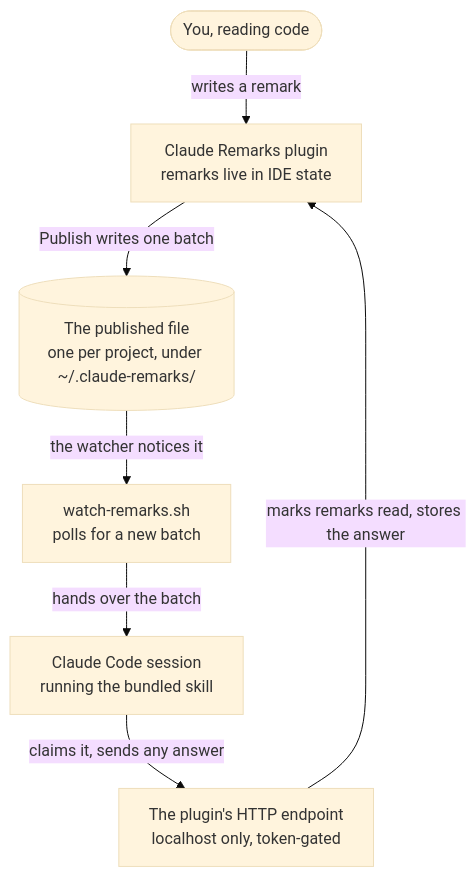
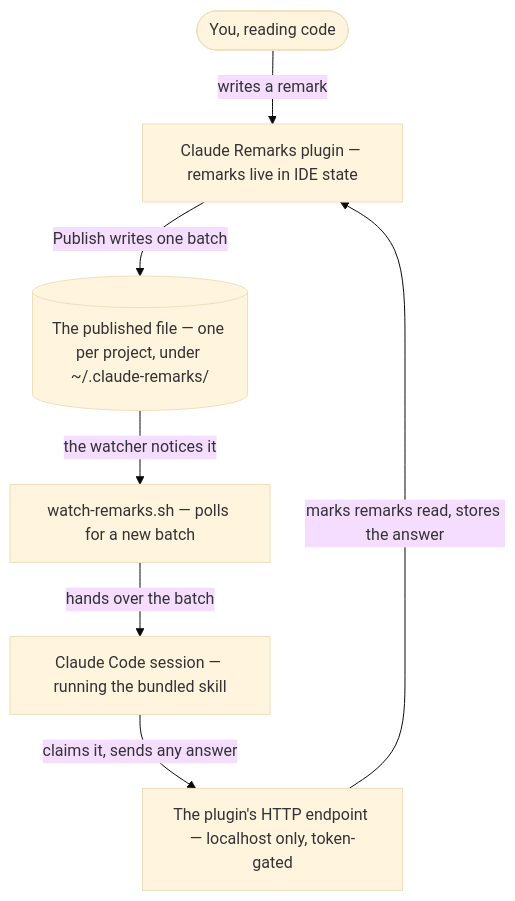
The first of 2 diagrams in README.md (p4elkin/claude-remarks), drawn with Mermaid (base theme) before and after one commit.

Commit message:
docs: drop the <br/> tags from the diagram, GitHub strips them
GitHub's Mermaid sanitises the tag away and joins the two halves with no
space, so five of the six nodes read "pluginremarks live in IDE state",
"watch-remarks.shpolls for a new batch", "endpointlocalhost only". Seen on
the rendered page. Mermaid wraps a long label by itself, so a dash between
the name and the detail is all that was needed.

````diff
--- a/README.md
+++ b/README.md
@@ -34,16 +34,16 @@
 ```mermaid
 flowchart TD
     you(["You, reading code"])
-    plugin["Claude Remarks plugin<br/>remarks live in IDE state"]
-    file[("The published file<br/>one per project, under ~/.claude-remarks/")]
-    watcher["watch-remarks.sh<br/>polls for a new batch"]
-    session["Claude Code session<br/>running the bundled skill"]
-    endpoint["The plugin's HTTP endpoint<br/>localhost only, token-gated"]
+    plugin["Claude Remarks plugin — remarks live in IDE state"]
+    file[("The published file — one per project, under ~/.claude-remarks/")]
+    watcher["watch-remarks.sh — polls for a new batch"]
+    session["Claude Code session — running the bundled skill"]
+    endpoint["The plugin's HTTP endpoint — localhost only, token-gated"]
 
     you -->|writes a remark| plugin
     plugin -->|Publish writes one batch| file
     file -->|the watcher notices it| watcher
     watcher -->|hands over the batch| session
     session -->|claims it, sends any answer| endpoint
     endpoint -->|marks remarks read, stores the answer| plugin
 ```
````
